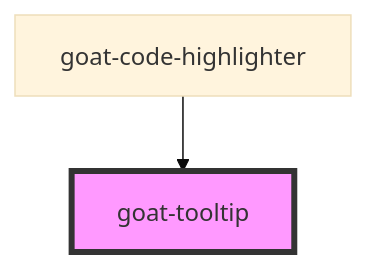
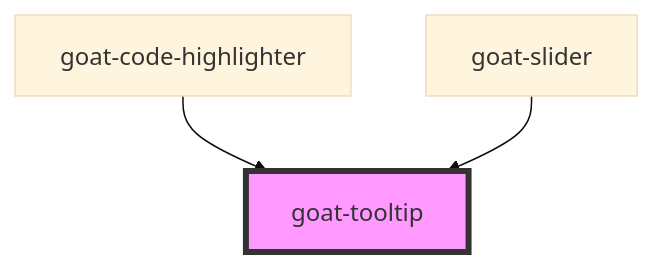
Before and after one commit to goatui/components: the diagram in src/components/tooltip/readme.md, drawn with Mermaid (base theme). The commit also changed other lines of this file and 6 other files, not shown here.

````diff
--- a/src/components/tooltip/readme.md
+++ b/src/components/tooltip/readme.md
@@ -23,5 +25,6 @@
 ```mermaid
 graph TD;
   goat-code-highlighter --> goat-tooltip
+  goat-slider --> goat-tooltip
   style goat-tooltip fill:#f9f,stroke:#333,stroke-width:4px
 ```
````
